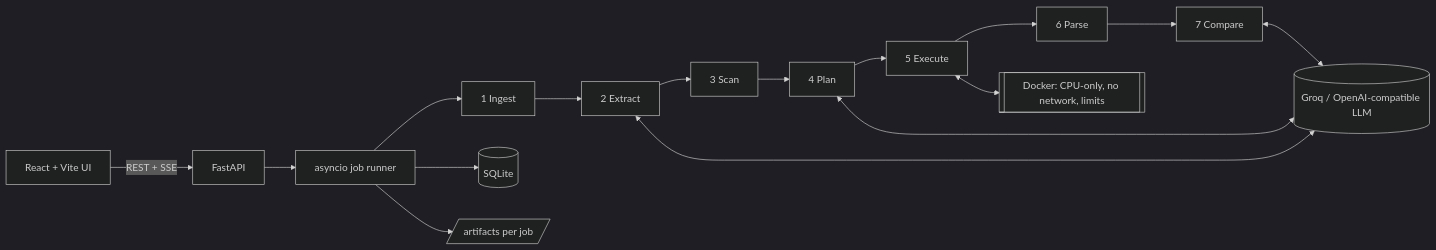
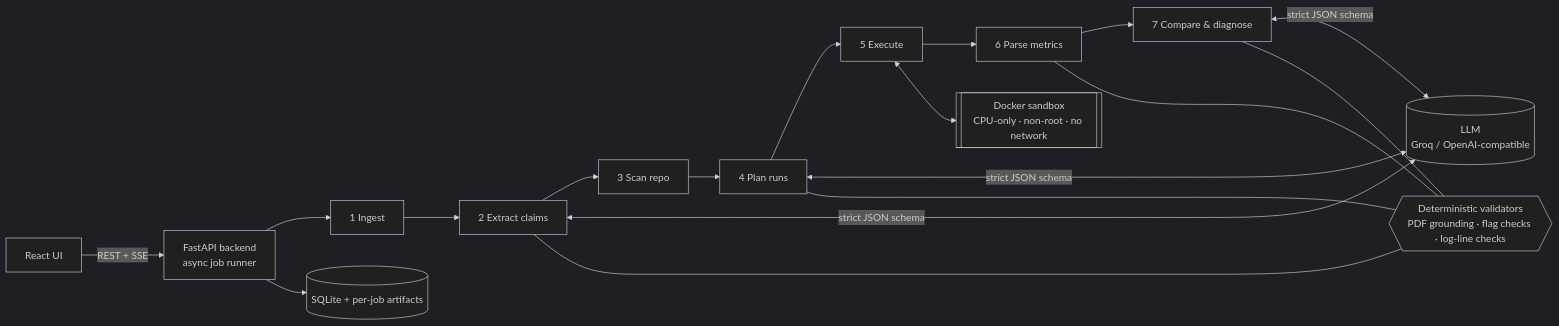
One commit to Saakar22/reproscope changed the diagram in README.md. Above: the diagram before and after it, drawn with Mermaid (dark theme). The commit also changed other lines of this file and 3 other files, not shown here.

````diff
--- a/README.md
+++ b/README.md
@@ -42,10 +72,10 @@
 ```mermaid
 flowchart LR
-  UI[React + Vite UI] -->|REST + SSE| API[FastAPI]
-  API --> RUN[asyncio job runner]
-  RUN --> S1[1 Ingest] --> S2[2 Extract] --> S3[3 Scan] --> S4[4 Plan] --> S5[5 Execute] --> S6[6 Parse] --> S7[7 Compare]
-  S2 & S4 & S7 <--> LLM[(Groq / OpenAI-compatible LLM)]
-  S5 <--> DOCK[[Docker: CPU-only, no network, limits]]
-  RUN --> DB[(SQLite)]
-  RUN --> ART[/artifacts per job/]
+  UI["React UI"] -->|REST + SSE| API["FastAPI backend<br/>async job runner"]
+  API --> S1["1 Ingest"] --> S2["2 Extract claims"] --> S3["3 Scan repo"] --> S4["4 Plan runs"]
+  S4 --> S5["5 Execute"] --> S6["6 Parse metrics"] --> S7["7 Compare & diagnose"]
+  S2 & S4 & S7 <-->|"strict JSON schema"| LLM[("LLM<br/>Groq / OpenAI-compatible")]
+  S2 & S4 & S6 & S7 --- V{{"Deterministic validators<br/>PDF grounding · flag checks · log-line checks"}}
+  S5 <--> SB[["Docker sandbox<br/>CPU-only · non-root · no network"]]
+  API --> DB[("SQLite + per-job artifacts")]
 ```
````
